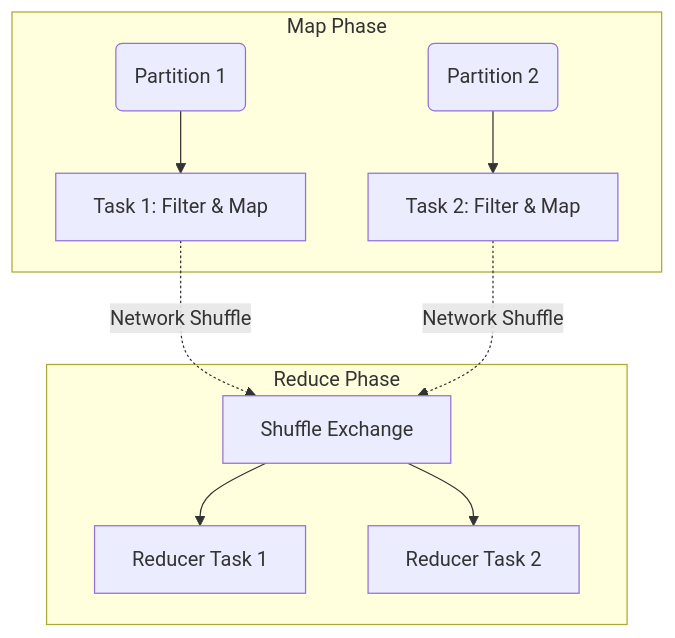
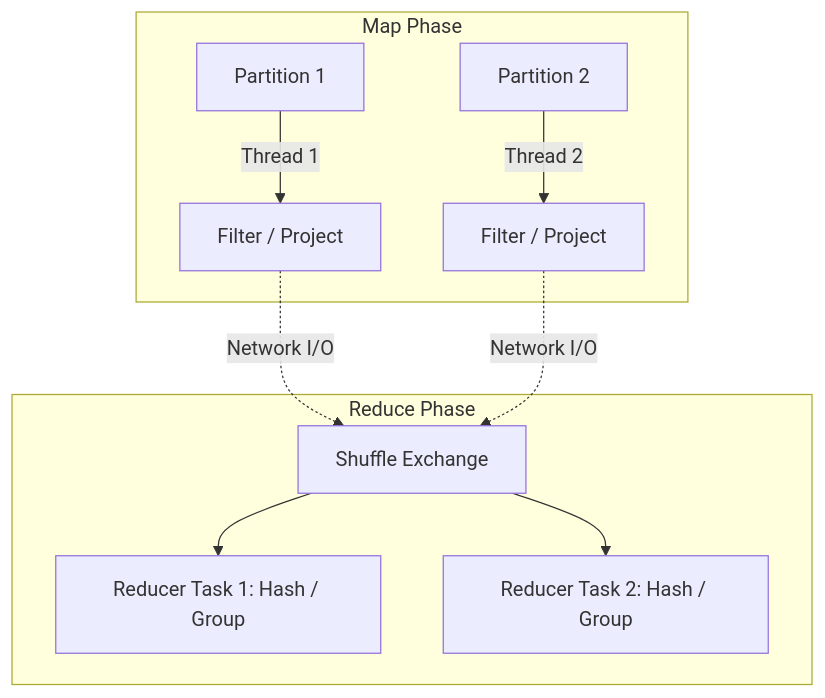
Before and after one commit to kythuatdulieu/kythuatdulieu.github.io: the diagram in src/content/docs/concepts/4-compute-engines-batch/distributed-processing.md, drawn with Mermaid. The commit also changed other lines of this file and 228 other files, not shown here.

Commit message:
Fix syntax and rewrite 200+ concepts docs to deep-dive system architecture and add GA4 tracking to quiz app

````diff
--- a/src/content/docs/concepts/4-compute-engines-batch/distributed-processing.md
+++ b/src/content/docs/concepts/4-compute-engines-batch/distributed-processing.md
@@ -46,15 +50,15 @@
 ```mermaid
 graph TD
     subgraph Map Phase
-        P1("Partition 1") --> T1["Task 1: Filter & Map"]
-        P2("Partition 2") --> T2["Task 2: Filter & Map"]
+        P1[Partition 1] -->|Thread 1| T1[Filter / Project]
+        P2[Partition 2] -->|Thread 2| T2[Filter / Project]
     end
     
-    T1 -.->|Network Shuffle| S["Shuffle Exchange"]
-    T2 -.->|Network Shuffle| S
+    T1 -.->|Network I/O| S[Shuffle Exchange]
+    T2 -.->|Network I/O| S
     
     subgraph Reduce Phase
-        S --> R1["Reducer Task 1"]
-        S --> R2["Reducer Task 2"]
+        S --> R1[Reducer Task 1: Hash / Group]
+        S --> R2[Reducer Task 2: Hash / Group]
     end
 ```
````
